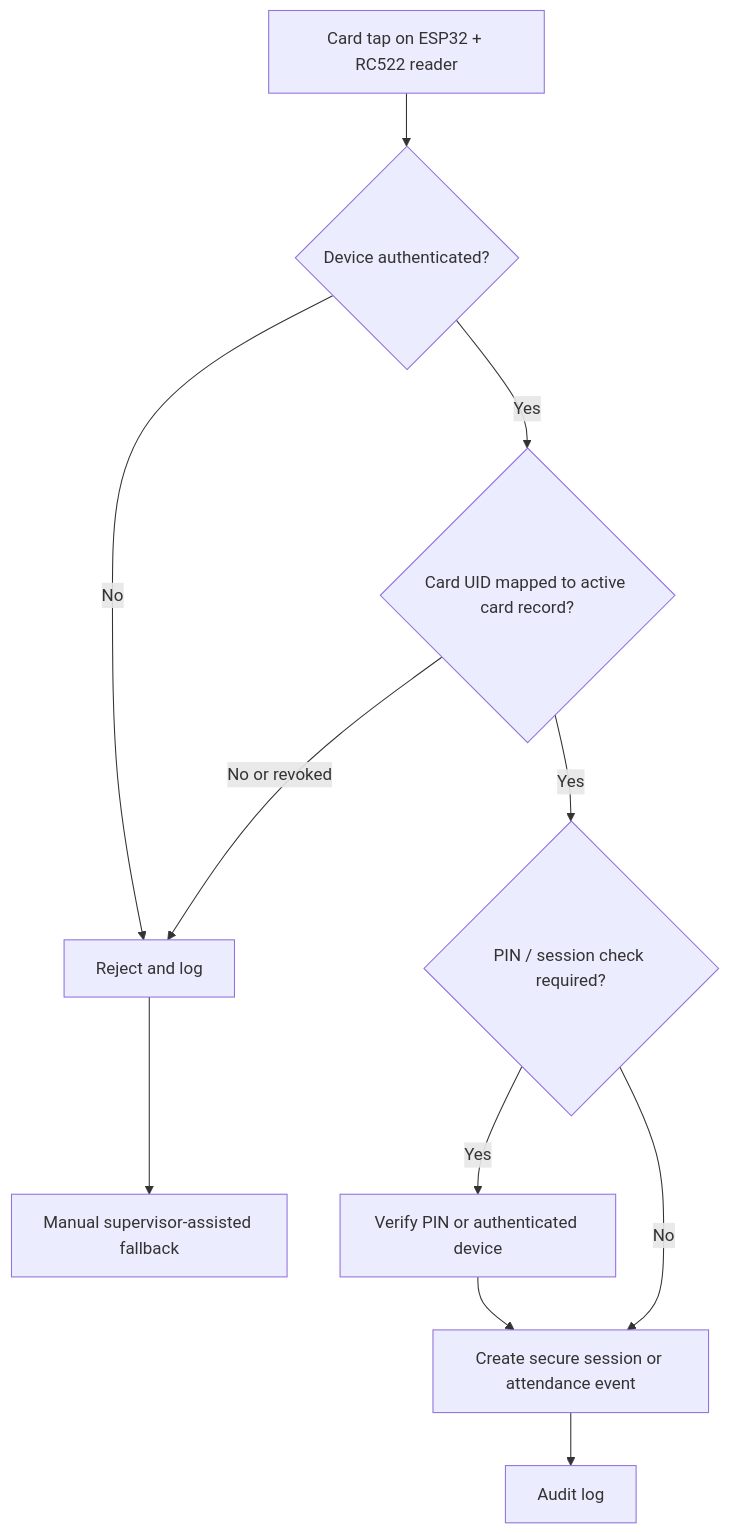
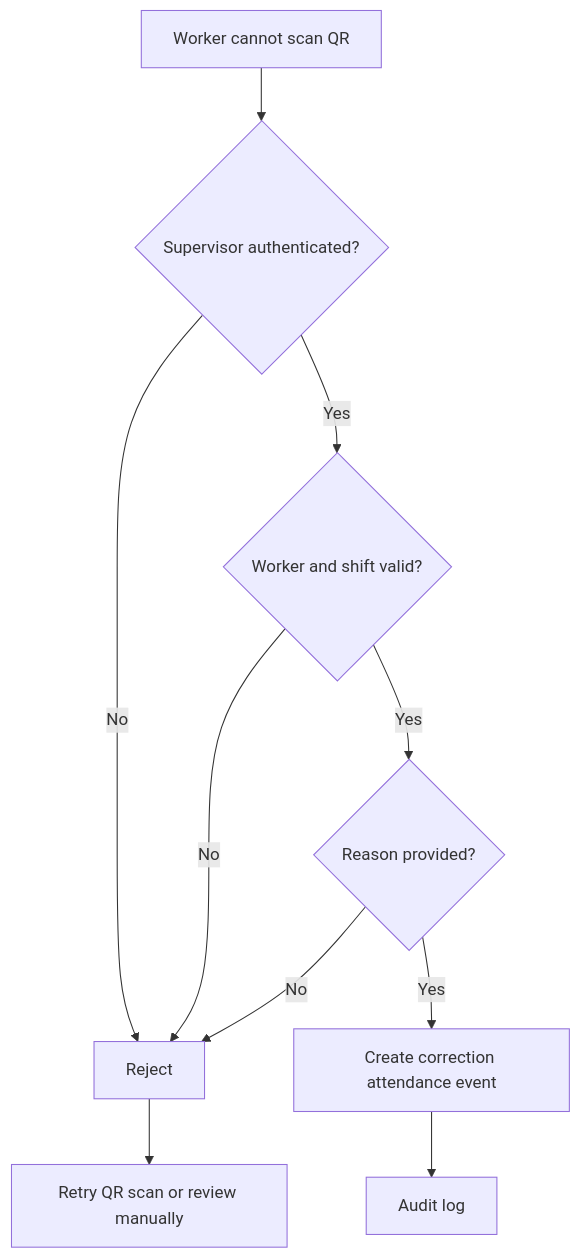
The sixth of 19 diagrams in README.md (Shreya1083/TextileManagement), drawn with Mermaid before and after one commit. The commit also changed other lines of this file and 83 other files, not shown here.

````diff
--- a/README.md
+++ b/README.md
@@ -409,13 +409,12 @@
 ```mermaid
 flowchart TD
-    T["Card tap on ESP32 + RC522 reader"] --> V{"Device authenticated?"}
-    V -->|No| X["Reject and log"]
-    V -->|Yes| C{"Card UID mapped to active card record?"}
-    C -->|No or revoked| X
-    C -->|Yes| P{"PIN / session check required?"}
-    P -->|Yes| PIN["Verify PIN or authenticated device"]
-    P -->|No| E
-    PIN --> E["Create secure session or attendance event"]
+    T["Worker cannot scan QR"] --> V{"Supervisor authenticated?"}
+    V -->|No| X["Reject"]
+    V -->|Yes| C{"Worker and shift valid?"}
+    C -->|No| X
+    C -->|Yes| R{"Reason provided?"}
+    R -->|No| X
+    R -->|Yes| E["Create correction attendance event"]
     E --> AUD["Audit log"]
-    X --> F["Manual supervisor-assisted fallback"]
+    X --> F["Retry QR scan or review manually"]
 ```
````
